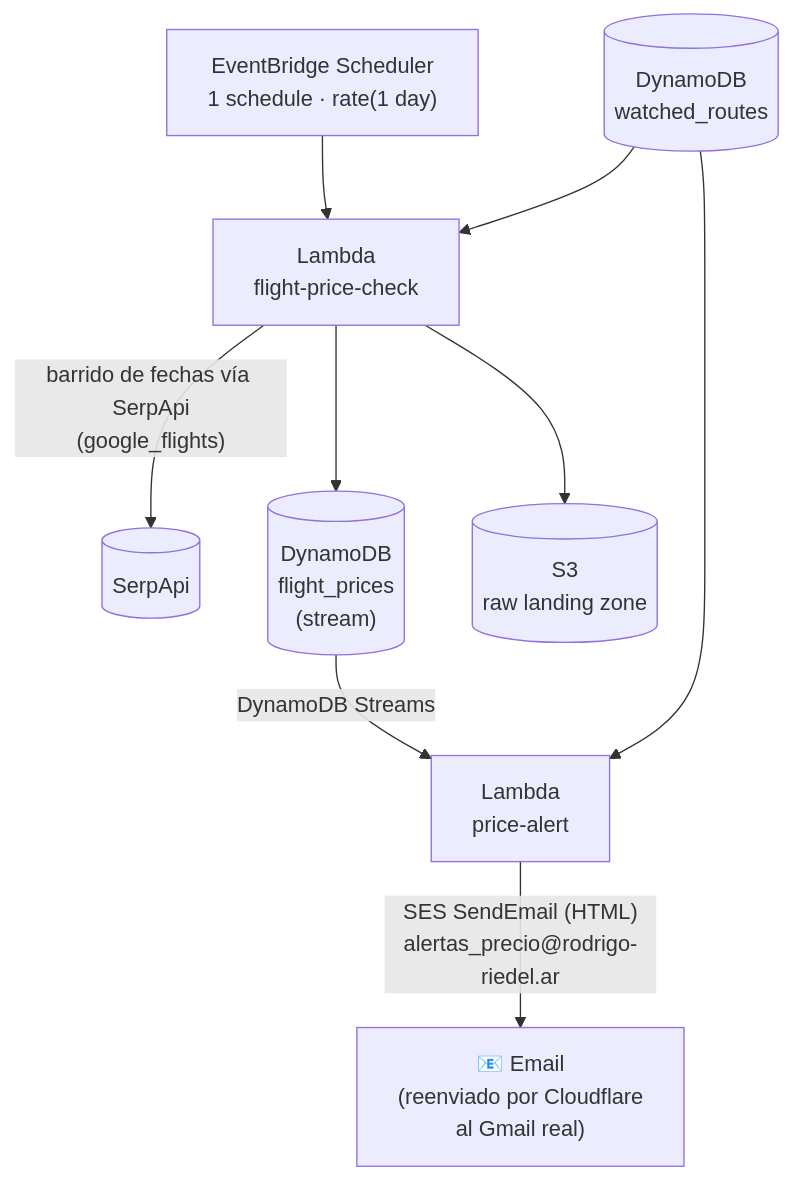
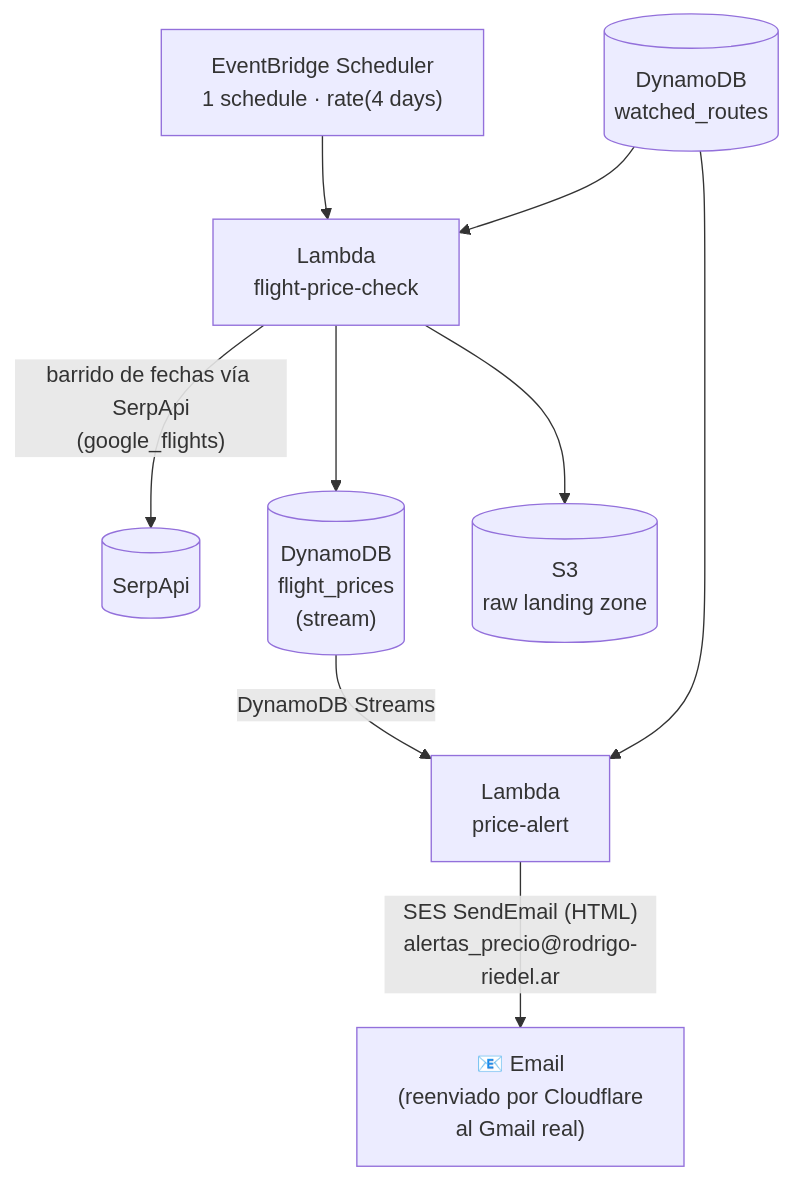
One commit to rmriedel/lab-aws-devops changed the first of 2 diagrams in README.md. Above: the diagram before and after it, drawn with Mermaid. The commit also changed other lines of this file and 3 other files, not shown here.

First line of the commit message:
Fix SerpApi cost claims and default schedule to every 4 days

````diff
--- a/README.md
+++ b/README.md
@@ -11,15 +11,15 @@
 ```mermaid
 flowchart TD
-    EB["EventBridge Scheduler<br/>1 schedule · rate(1 day)"]
+    EB["EventBridge Scheduler<br/>1 schedule · rate(4 days)"]
     EB --> L1["Lambda<br/>flight-price-check"]
 
     WR[("DynamoDB<br/>watched_routes")] --> L1
     L1 -->|"barrido de fechas vía SerpApi<br/>(google_flights)"| SA[("SerpApi")]
 
     L1 --> FP[("DynamoDB<br/>flight_prices<br/>(stream)")]
     L1 --> S3[("S3<br/>raw landing zone")]
 
     FP -->|DynamoDB Streams| L2["Lambda<br/>price-alert"]
     WR --> L2
     L2 -->|"SES SendEmail (HTML)<br/>alertas_precio@rodrigo-riedel.ar"| Mail["📧 Email<br/>(reenviado por Cloudflare<br/>al Gmail real)"]
 ```
````
